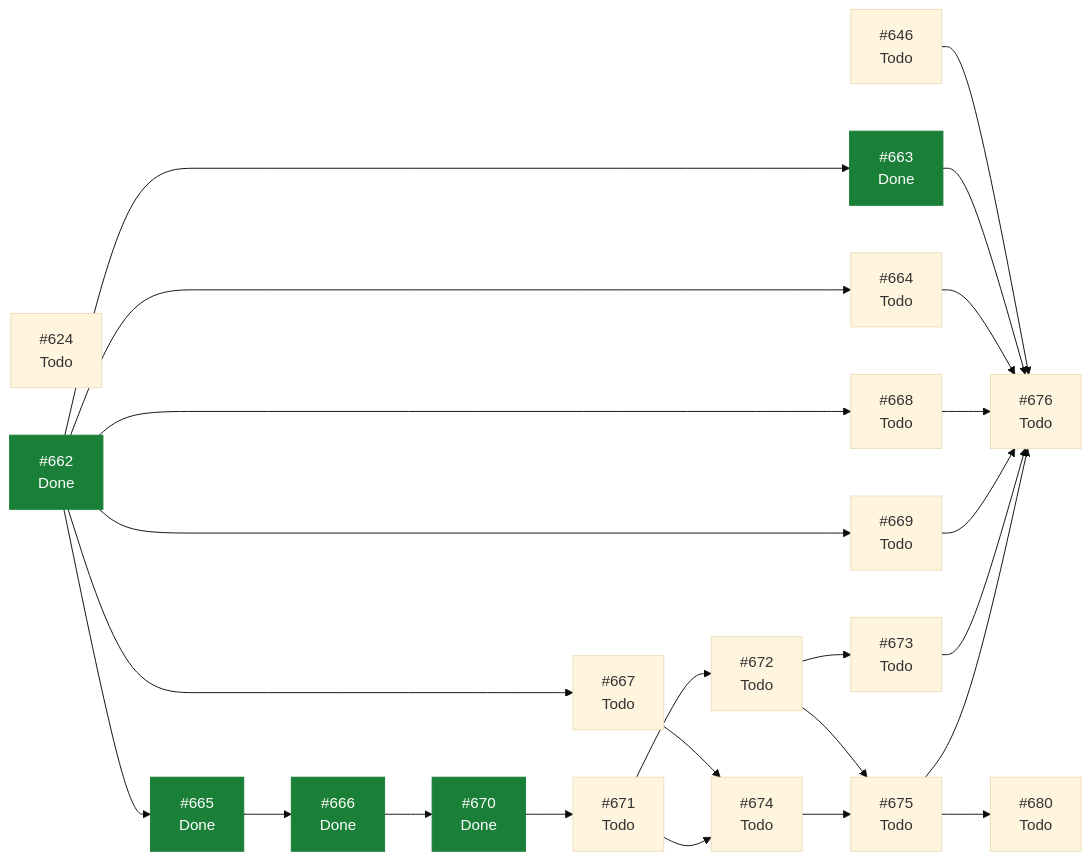
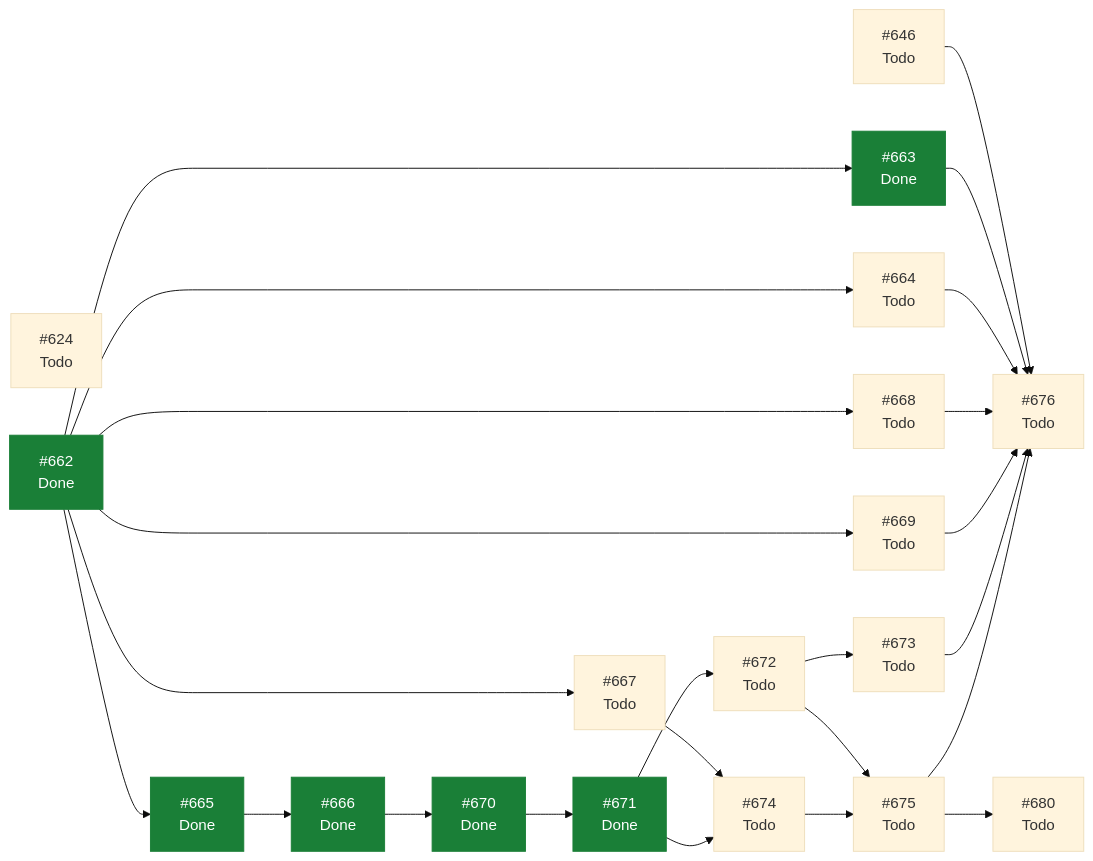
The diagram in docs/planning/STATUS.md (ecamp0s/evault), drawn with Mermaid (base theme) before and after one commit. The commit also changed other lines of this file, not shown here.

````diff
--- a/docs/planning/STATUS.md
+++ b/docs/planning/STATUS.md
@@ -119,46 +119,46 @@
 ```mermaid
 graph LR
   I624["#624<br/>Todo"]
   I646["#646<br/>Todo"]
   I662["#662<br/>Done"]
   I663["#663<br/>Done"]
   I664["#664<br/>Todo"]
   I665["#665<br/>Done"]
   I666["#666<br/>Done"]
   I667["#667<br/>Todo"]
   I668["#668<br/>Todo"]
   I669["#669<br/>Todo"]
   I670["#670<br/>Done"]
-  I671["#671<br/>Todo"]
+  I671["#671<br/>Done"]
   I672["#672<br/>Todo"]
   I673["#673<br/>Todo"]
   I674["#674<br/>Todo"]
   I675["#675<br/>Todo"]
   I676["#676<br/>Todo"]
   I680["#680<br/>Todo"]
   I646 --> I676
   I662 --> I663
   I662 --> I664
   I662 --> I665
   I662 --> I667
   I662 --> I668
   I662 --> I669
   I663 --> I676
   I664 --> I676
   I665 --> I666
   I666 --> I670
   I667 --> I674
   I668 --> I676
   I669 --> I676
   I670 --> I671
   I671 --> I672
   I671 --> I674
   I672 --> I673
   I672 --> I675
   I673 --> I676
   I674 --> I675
   I675 --> I676
   I675 --> I680
   classDef hecho fill:#1a7f37,stroke:#1a7f37,color:#fff;
-  class I662,I663,I665,I666,I670 hecho;
+  class I662,I663,I665,I666,I670,I671 hecho;
 ```
````
